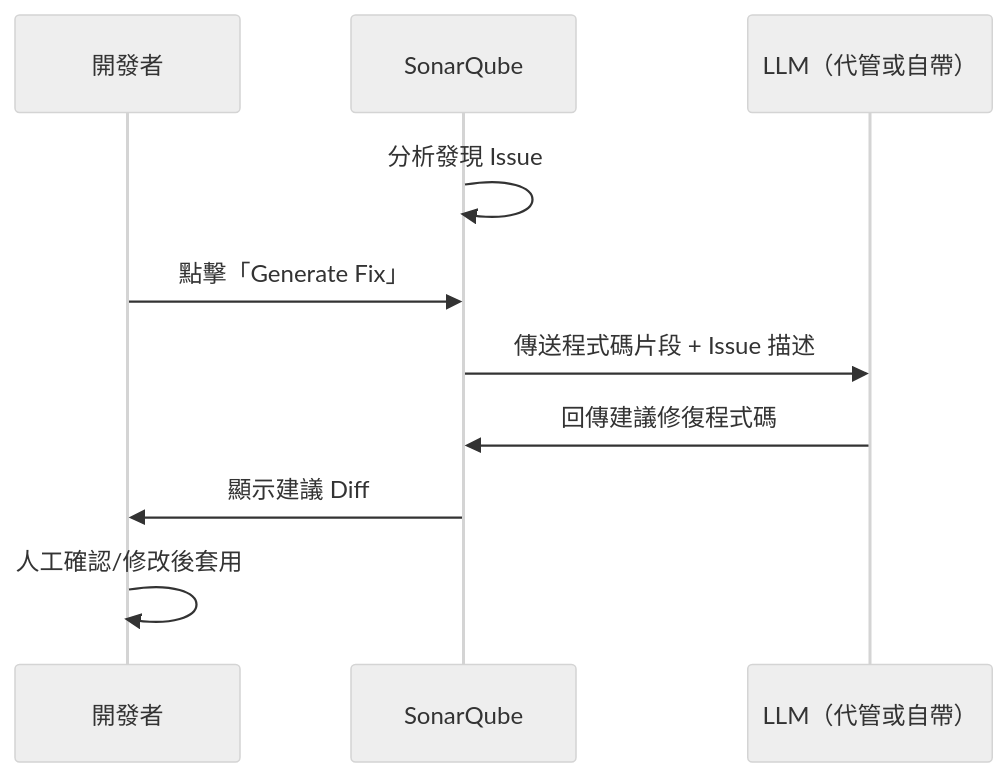
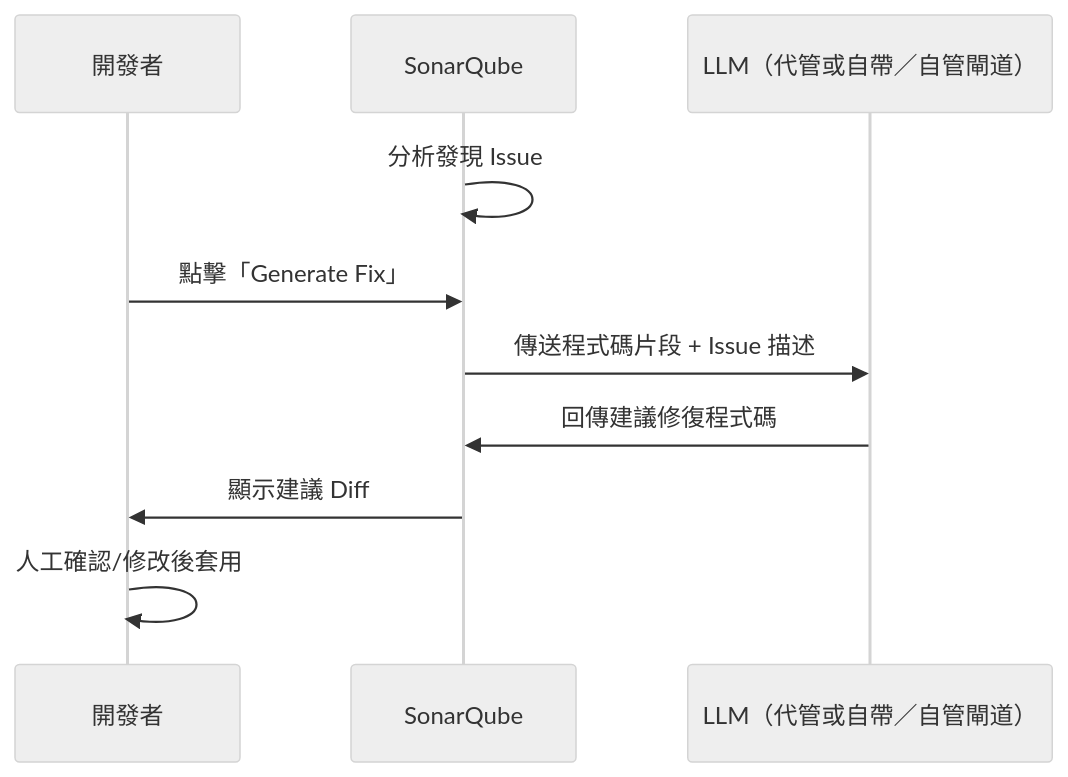
Diagram 14 of 30 in content/posts/教學/工具/SonarQube教學手冊.md (chihhung/Blog), drawn with Mermaid (neutral theme) before and after one commit. The commit also changed other lines of this file and 2 other files, not shown here.

````diff
--- a/content/posts/教學/工具/SonarQube教學手冊.md
+++ b/content/posts/教學/工具/SonarQube教學手冊.md
@@ -1526,13 +1549,13 @@
 ```mermaid
 sequenceDiagram
     participant Dev as 開發者
     participant SQ as SonarQube
-    participant LLM as LLM（代管或自帶）
+    participant LLM as LLM（代管或自帶／自管閘道）
 
     SQ->>SQ: 分析發現 Issue
     Dev->>SQ: 點擊「Generate Fix」
     SQ->>LLM: 傳送程式碼片段 + Issue 描述
     LLM->>SQ: 回傳建議修復程式碼
     SQ->>Dev: 顯示建議 Diff
     Dev->>Dev: 人工確認/修改後套用
 ```
````
